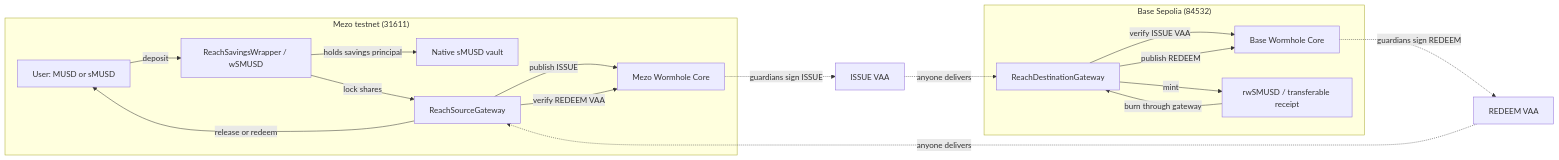
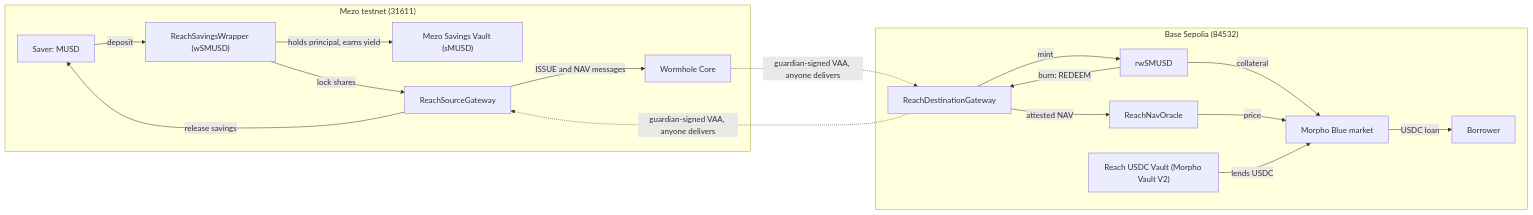
One commit to TheWeirdDee/musd-reach changed the diagram in README.md. Above: the diagram before and after it, drawn with Mermaid. The commit also changed other lines of this file and 14 other files, not shown here.

Commit message:
feat: live Base Sepolia market, NAV keeper run, market proof and README rewrite

````diff
--- a/README.md
+++ b/README.md
@@ -83,21 +95,21 @@
 ```mermaid
 flowchart LR
   subgraph Mezo["Mezo testnet (31611)"]
-    U["User: MUSD or sMUSD"] -->|deposit| W["ReachSavingsWrapper / wSMUSD"]
-    W -->|holds savings principal| V["Native sMUSD vault"]
+    U["Saver: MUSD"] -->|deposit| W["ReachSavingsWrapper (wSMUSD)"]
+    W -->|holds principal, earns yield| V["Mezo Savings Vault (sMUSD)"]
     W -->|lock shares| S["ReachSourceGateway"]
-    S -->|publish ISSUE| CM["Mezo Wormhole Core"]
-    S -->|verify REDEEM VAA| CM
-    S -->|release or redeem| U
+    S -->|ISSUE and NAV messages| CM["Wormhole Core"]
+    S -->|release savings| U
   end
   subgraph Base["Base Sepolia (84532)"]
-    D["ReachDestinationGateway"] -->|verify ISSUE VAA| CB["Base Wormhole Core"]
-    D -->|mint| R["rwSMUSD / transferable receipt"]
-    R -->|burn through gateway| D
-    D -->|publish REDEEM| CB
+    D["ReachDestinationGateway"] -->|mint| R["rwSMUSD"]
+    D -->|attested NAV| O["ReachNavOracle"]
+    R -->|collateral| M["Morpho Blue market"]
+    O -->|price| M
+    L["Reach USDC Vault (Morpho Vault V2)"] -->|lends USDC| M
+    M -->|USDC loan| B["Borrower"]
+    R -->|burn: REDEEM| D
   end
-  CM -.->|guardians sign ISSUE| I["ISSUE VAA"]
-  I -.->|anyone delivers| D
-  CB -.->|guardians sign REDEEM| B["REDEEM VAA"]
-  B -.->|anyone delivers| S
+  CM -.->|guardian-signed VAA, anyone delivers| D
+  D -.->|guardian-signed VAA, anyone delivers| S
 ```
````
